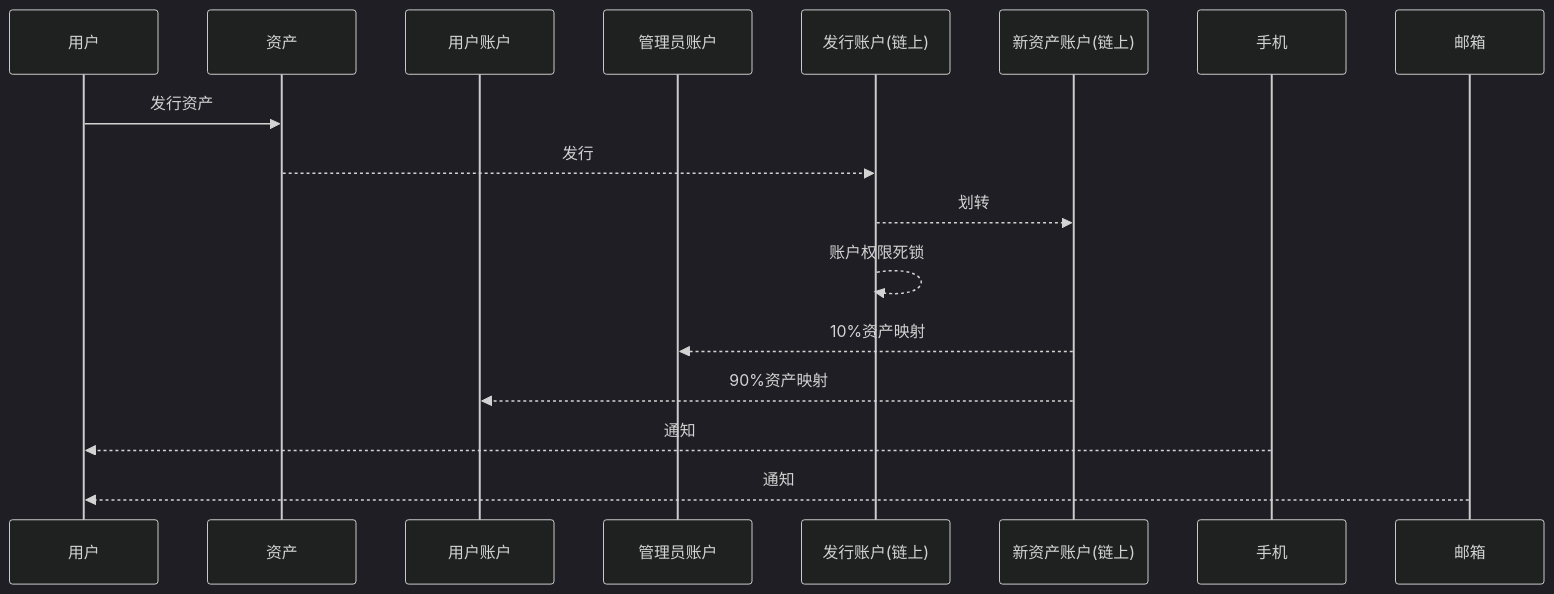
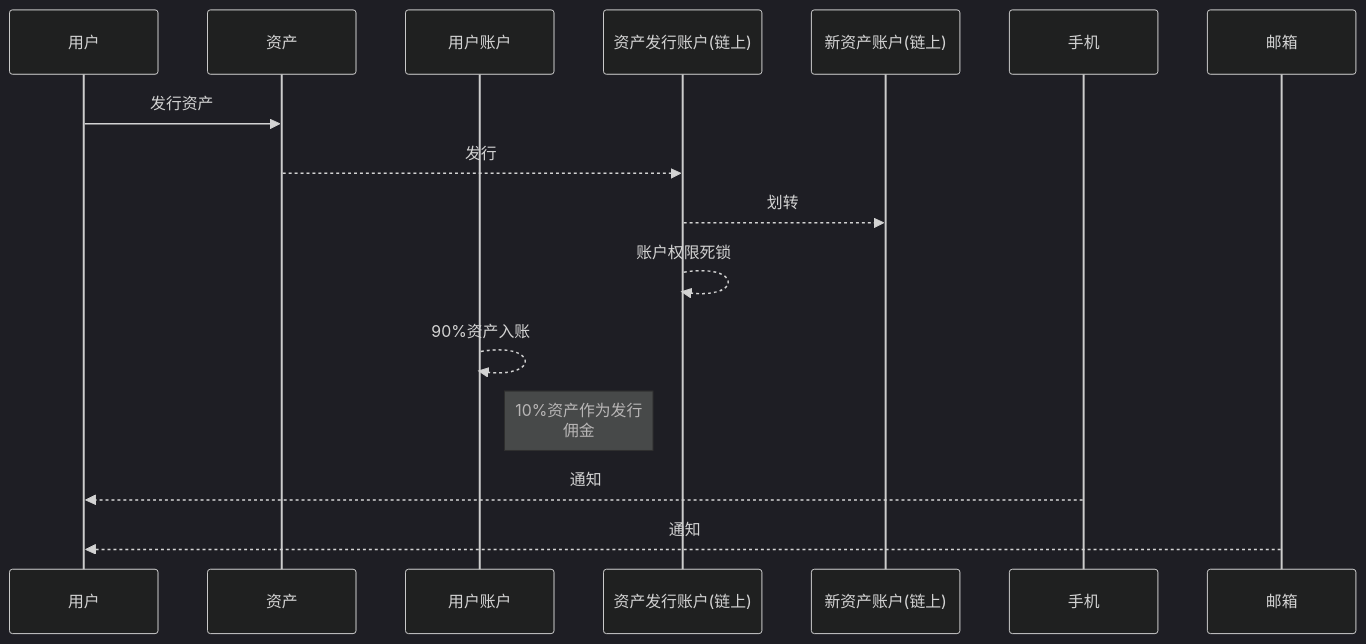
Before and after one commit to neomaclin/designdoc: the eighth of 10 diagrams in Readme.md, drawn with Mermaid (dark theme). The commit also changed other lines of this file, not shown here.

````diff
--- a/Readme.md
+++ b/Readme.md
@@ -129,21 +152,20 @@
 ```mermaid
 
 sequenceDiagram
     participant u as 用户
     participant s as 资产
     participant a as 用户账户
-    participant sa as 管理员账户
-    participant ca as 发行账户(链上)
+    participant ca as 资产发行账户(链上)
     participant na as 新资产账户(链上)
     participant p as 手机
     participant m as 邮箱
 
     u->>s: 发行资产
     s-->>ca: 发行
     ca-->>na: 划转
     ca-->>ca: 账户权限死锁
-    na-->>sa: 10%资产映射
-    na-->>a: 90%资产映射
+    a-->>a: 90%资产入账
+    Note right of a:10%资产作为发行<br>佣金
     p-->>u: 通知
     m-->>u: 通知
 ```
````
